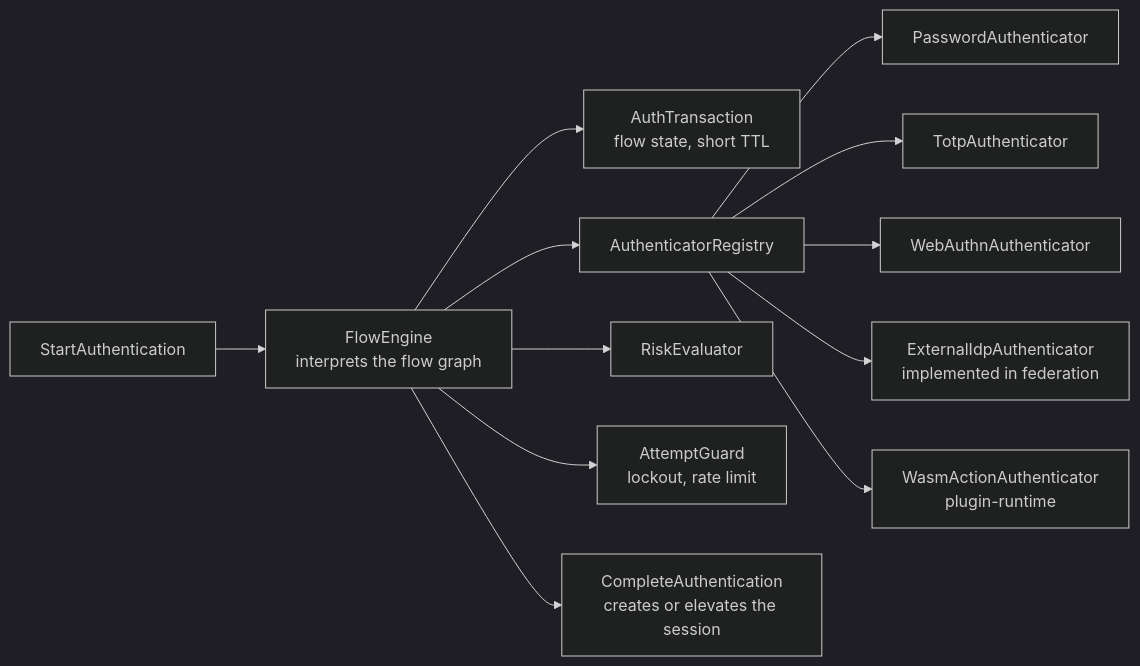
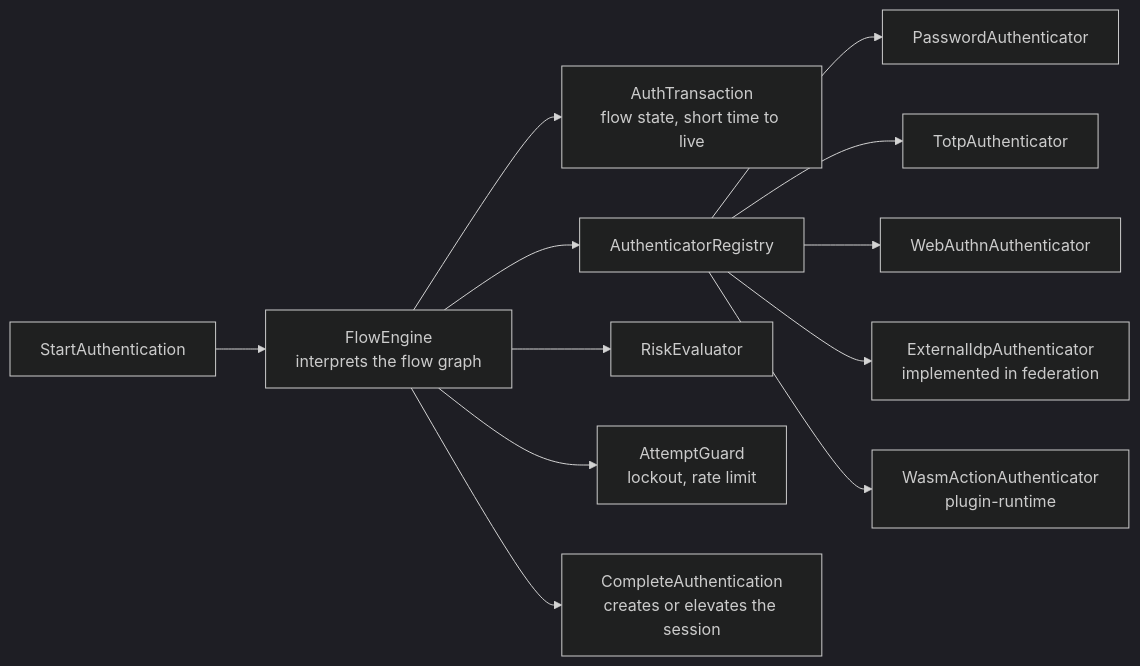
One commit to ortisun/hodor changed the fourth of 5 diagrams in docs/architecture/overview.md. Above: the diagram before and after it, drawn with Mermaid (dark theme). The commit also changed other lines of this file and 48 other files, not shown here.

````diff
--- a/docs/architecture/overview.md
+++ b/docs/architecture/overview.md
@@ -160,14 +160,14 @@
 ```mermaid
 flowchart LR
     start["StartAuthentication"] --> engine["FlowEngine<br/>interprets the flow graph"]
-    engine --> tx["AuthTransaction<br/>flow state, short TTL"]
-    engine --> reg["AuthenticatorRegistry"]
-    reg --> a1["PasswordAuthenticator"]
-    reg --> a2["TotpAuthenticator"]
-    reg --> a3["WebAuthnAuthenticator"]
-    reg --> a4["ExternalIdpAuthenticator<br/>implemented in federation"]
-    reg --> a5["WasmActionAuthenticator<br/>plugin-runtime"]
+    engine --> transaction["AuthTransaction<br/>flow state, short time to live"]
+    engine --> registry["AuthenticatorRegistry"]
+    registry --> passwordAuthenticator["PasswordAuthenticator"]
+    registry --> totpAuthenticator["TotpAuthenticator"]
+    registry --> webauthnAuthenticator["WebAuthnAuthenticator"]
+    registry --> externalProviderAuthenticator["ExternalIdpAuthenticator<br/>implemented in federation"]
+    registry --> pluginAuthenticator["WasmActionAuthenticator<br/>plugin-runtime"]
     engine --> risk["RiskEvaluator"]
     engine --> guard["AttemptGuard<br/>lockout, rate limit"]
     engine --> done["CompleteAuthentication<br/>creates or elevates the session"]
 ```
````
